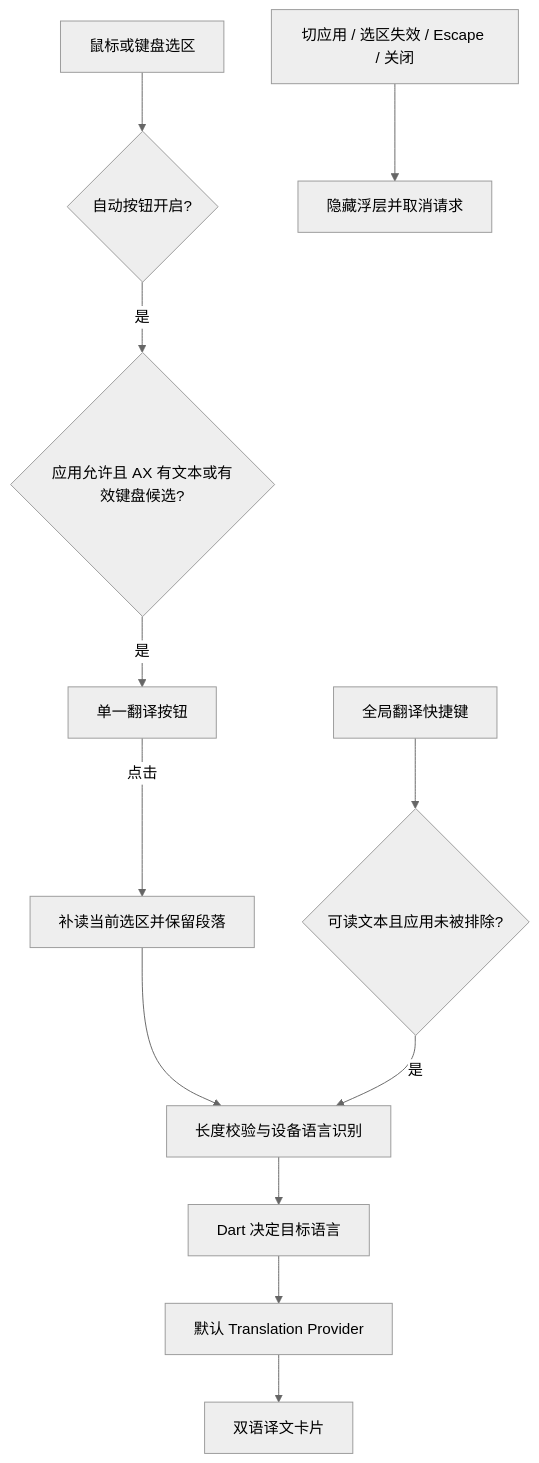
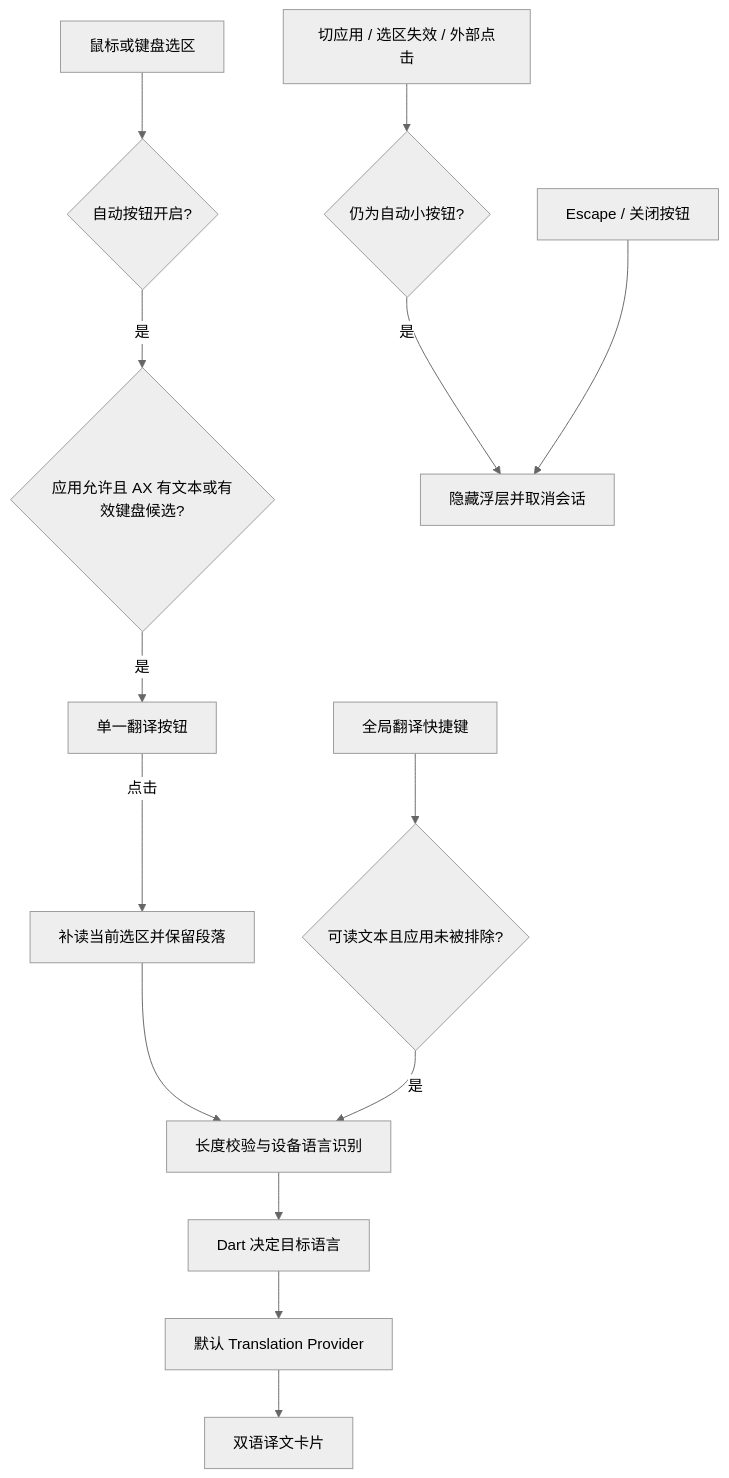
Before and after one commit to 1504101951/translateApp: the diagram in docs/architecture.md, drawn with Mermaid (neutral theme). The commit also changed other lines of this file and 13 other files, not shown here.

````diff
--- a/docs/architecture.md
+++ b/docs/architecture.md
@@ -15,14 +15,16 @@
 ```mermaid
 flowchart TD
     A[鼠标或键盘选区] --> B{自动按钮开启?}
     B -- 是 --> C{应用允许且 AX 有文本或有效键盘候选?}
     C -- 是 --> D[单一翻译按钮]
     D -- 点击 --> M[补读当前选区并保留段落]
     M --> F[长度校验与设备语言识别]
     E[全局翻译快捷键] --> G{可读文本且应用未被排除?}
     G -- 是 --> F
     F --> H[Dart 决定目标语言]
     H --> I[默认 Translation Provider]
     I --> J[双语译文卡片]
-    K[切应用 / 选区失效 / Escape / 关闭] --> L[隐藏浮层并取消请求]
+    K[切应用 / 选区失效 / 外部点击] --> N{仍为自动小按钮?}
+    N -- 是 --> L[隐藏浮层并取消会话]
+    O[Escape / 关闭按钮] --> L
 ```
````
